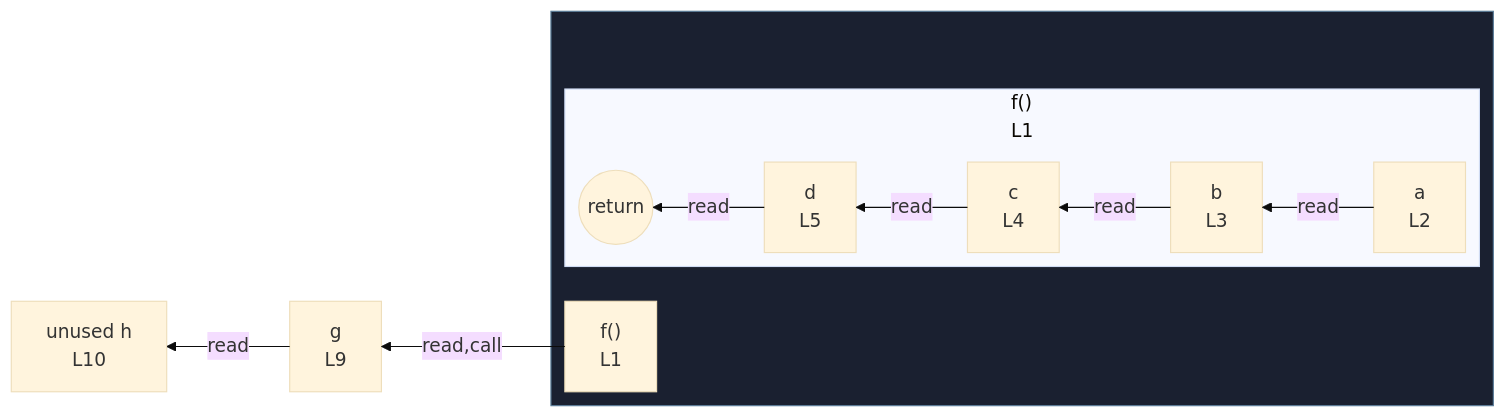
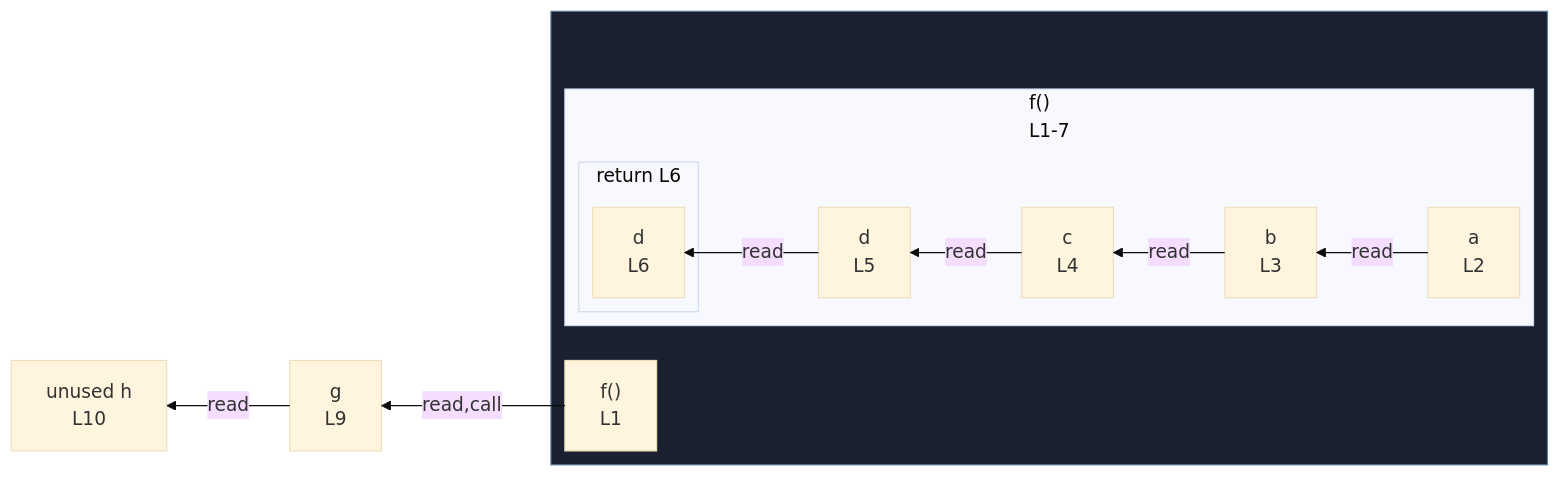
One commit to crescware/unsnarl changed the diagram in integration/fixtures/function-result-chain/preview.md. Above: the diagram before and after it, drawn with Mermaid (base theme). The commit also changed 125 other files, not shown here.

````diff
--- a/integration/fixtures/function-result-chain/preview.md
+++ b/integration/fixtures/function-result-chain/preview.md
@@ -20,26 +20,29 @@
 ```mermaid
 %%{init: {"flowchart": {"defaultRenderer": "elk"}}}%%
 flowchart RL
   n_scope_0_g_111["g<br/>L9"]
   n_scope_0_h_126["unused h<br/>L10"]
   subgraph wrap_s_scope_1[" "]
     direction TB
     n_scope_0_f_9["f()<br/>L1"]
-    subgraph s_scope_1["f()<br/>L1"]
+    subgraph s_scope_1["f()<br/>L1-7"]
       direction RL
-      return_scope_0_f_9((return))
       n_scope_1_a_23["a<br/>L2"]
       n_scope_1_b_40["b<br/>L3"]
       n_scope_1_c_57["c<br/>L4"]
       n_scope_1_d_83["d<br/>L5"]
+      subgraph s_return_scope_0_f_9["return L6"]
+        direction RL
+        ret_use_ref_3["d<br/>L6"]
+      end
     end
   end
   n_scope_1_a_23 -->|read| n_scope_1_b_40
   n_scope_1_b_40 -->|read| n_scope_1_c_57
   n_scope_1_c_57 -->|read| n_scope_1_d_83
-  n_scope_1_d_83 -->|read| return_scope_0_f_9
+  n_scope_1_d_83 -->|read| ret_use_ref_3
   n_scope_0_f_9 -->|read,call| n_scope_0_g_111
   n_scope_0_g_111 -->|read| n_scope_0_h_126
   classDef fnWrap fill:#1a2030,stroke:#5a7d99;
   class wrap_s_scope_1 fnWrap;
 ```
````
